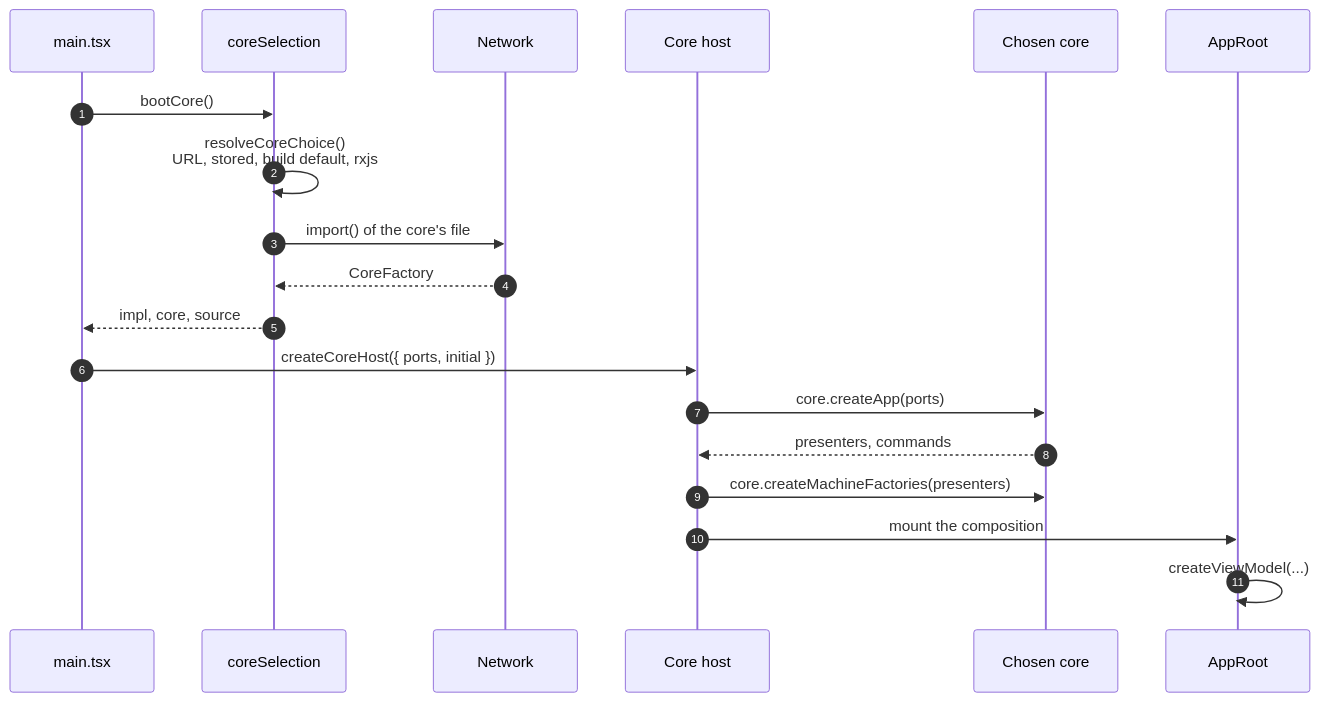
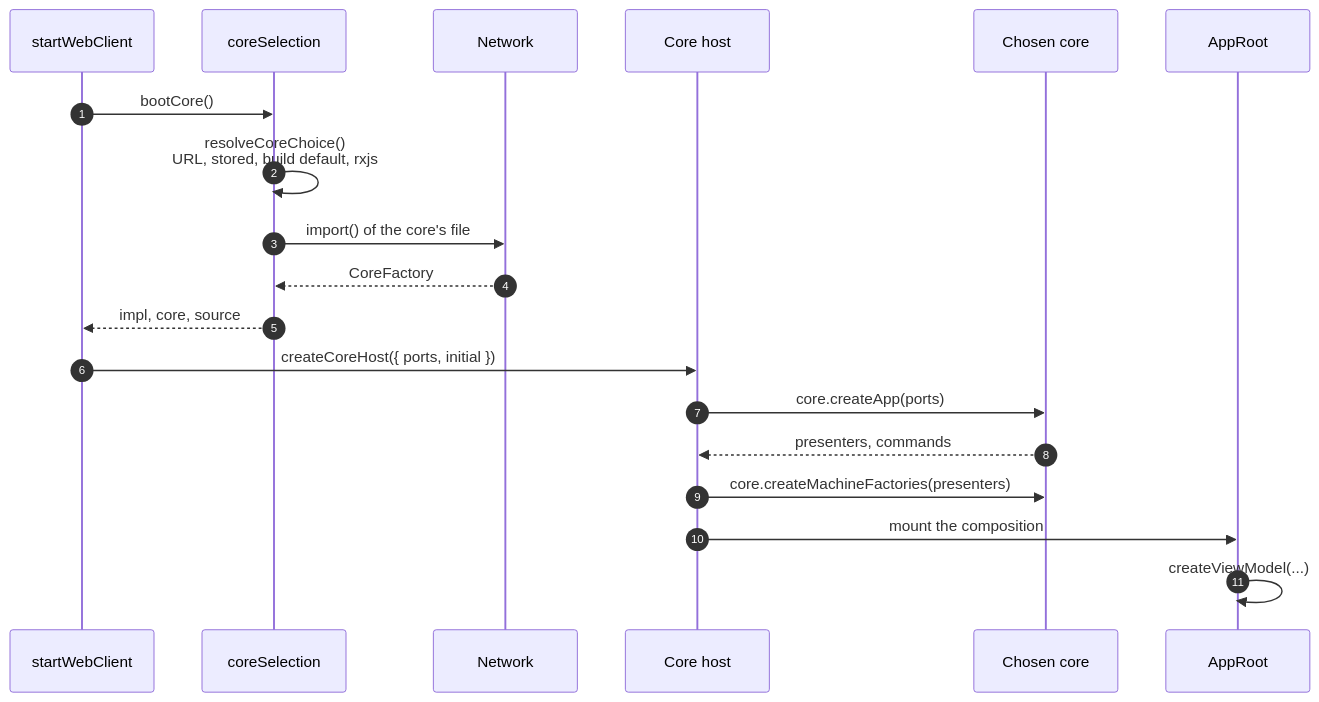
Diagram 12 of 17 in docs/architecture/23-application-cores-explained.md (bettersoftware-io/ReactiveTraderCloudClone), drawn with Mermaid before and after one commit. The commit also changed other lines of this file and 39 other files, not shown here.

First line of the commit message:
test: one test for both clients' deployed files; docs: startWebClient closes the web-boot workstream

````diff
--- a/docs/architecture/23-application-cores-explained.md
+++ b/docs/architecture/23-application-cores-explained.md
@@ -850,22 +850,22 @@
 ```mermaid
 sequenceDiagram
   autonumber
-  participant M as main.tsx
+  participant M as startWebClient
   participant S as coreSelection
   participant N as Network
   participant H as Core host
   participant C as Chosen core
   participant R as AppRoot
 
   M->>S: bootCore()
   S->>S: resolveCoreChoice()<br/>URL, stored, build default, rxjs
   S->>N: import() of the core's file
   N-->>S: CoreFactory
   S-->>M: impl, core, source
   M->>H: createCoreHost({ ports, initial })
   H->>C: core.createApp(ports)
   C-->>H: presenters, commands
   H->>C: core.createMachineFactories(presenters)
   H->>R: mount the composition
   R->>R: createViewModel(...)
 ```
````
